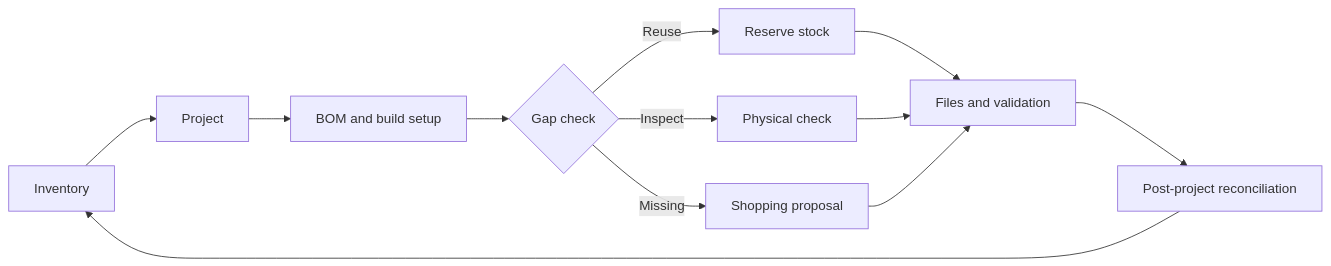
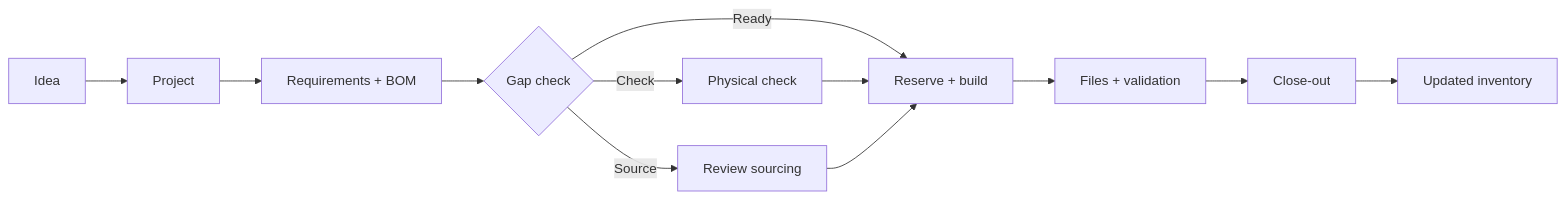
Before and after one commit to newtonlorenz/benchledger: the diagram in README.md, drawn with Mermaid. The commit also changed other lines of this file and 1 other file, not shown here.

````diff
--- a/README.md
+++ b/README.md
@@ -62,14 +53,14 @@
 ```mermaid
 flowchart LR
-  I[Inventory] --> P[Project]
-  P --> B[BOM and build setup]
-  B --> G{Gap check}
-  G -->|Reuse| R[Reserve stock]
-  G -->|Inspect| C[Physical check]
-  G -->|Missing| S[Shopping proposal]
-  R --> F[Files and validation]
-  C --> F
-  S --> F
-  F --> X[Post-project reconciliation]
-  X --> I
+  A[Idea] --> P[Project]
+  P --> R[Requirements + BOM]
+  R --> G{Gap check}
+  G -->|Ready| U[Reserve + build]
+  G -->|Check| C[Physical check]
+  G -->|Source| S[Review sourcing]
+  C --> U
+  S --> U
+  U --> F[Files + validation]
+  F --> X[Close-out]
+  X --> I[Updated inventory]
 ```
````
